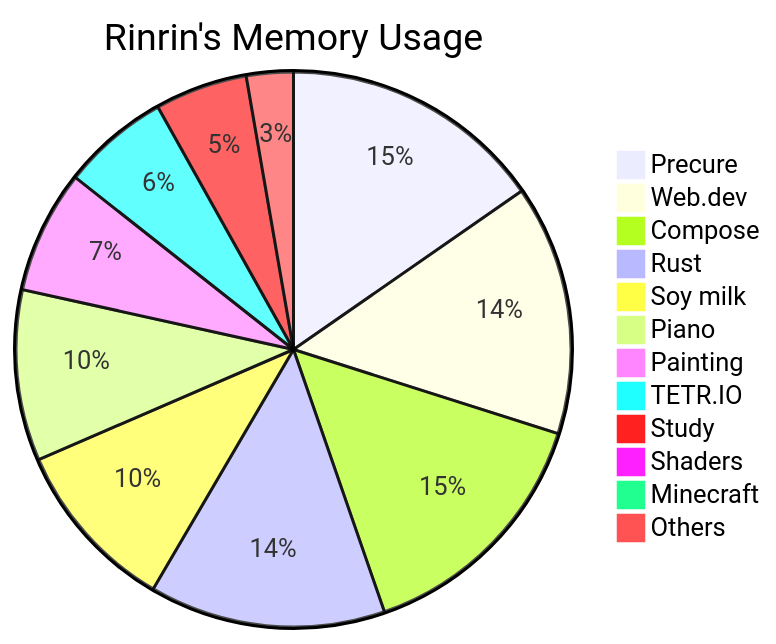
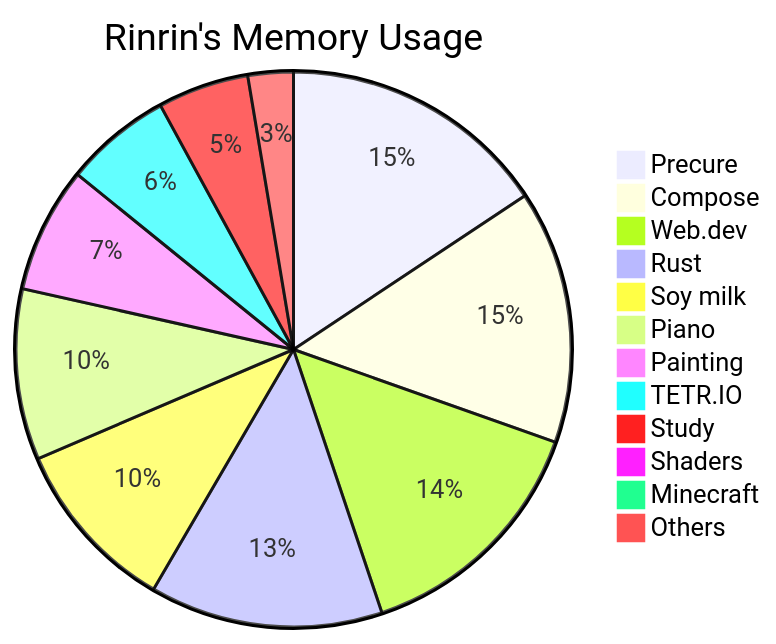
The diagram in README.md (Rinrin0413/Rinrin0413), drawn with Mermaid before and after one commit.

Commit message:
🛠 Update: Rinrin's Memory Usage

````diff
--- a/README.md
+++ b/README.md
@@ -77,15 +77,15 @@
 ```mermaid
 pie title Rinrin's Memory Usage
-    "Precure": 618
-    "Web.dev": 587
-    "Compose": 596
-    "Rust": 554
-    "Soy milk": 406
-    "Piano": 401
-    "Painting": 289
+    "Precure": 635
+    "Compose": 598
+    "Web.dev": 585
+    "Rust": 550
+    "Soy milk": 412
+    "Piano": 403
+    "Painting": 297
     "TETR.IO": 252
-    "Study": 217
+    "Study": 215
     "Shaders": 30
     "Minecraft": 30
-    "Others": 110
+    "Others": 107
 ```
````
